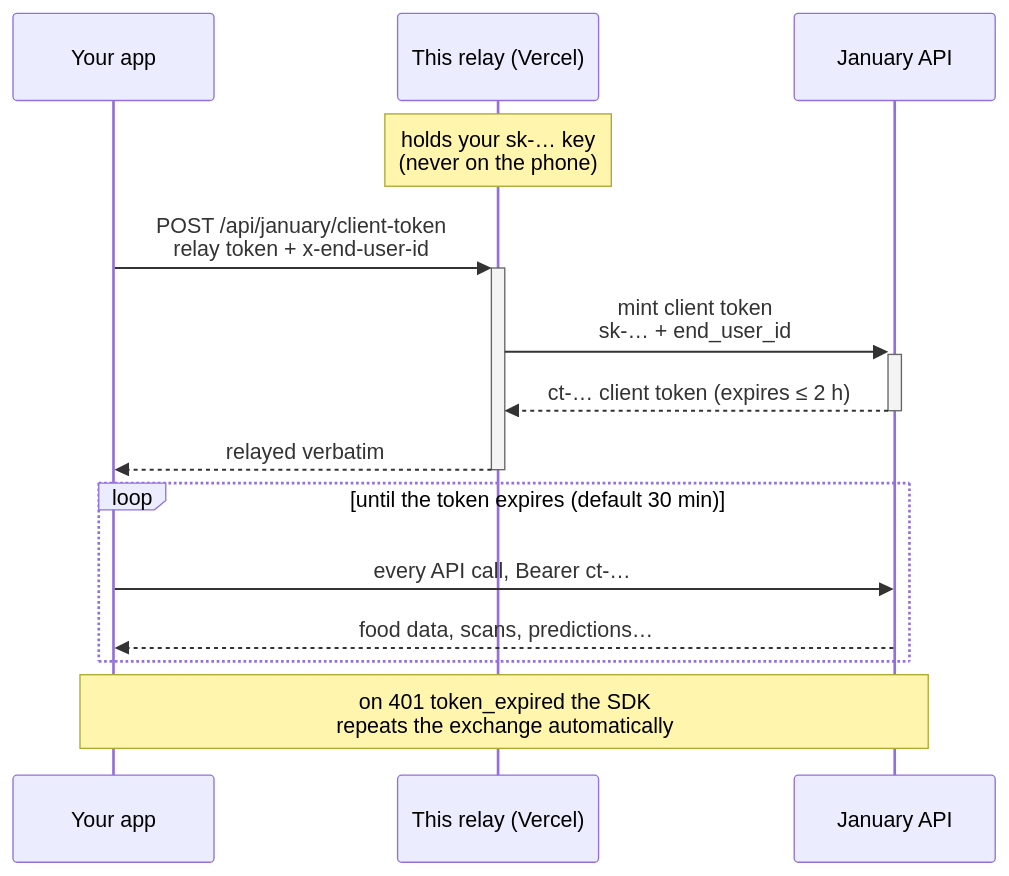
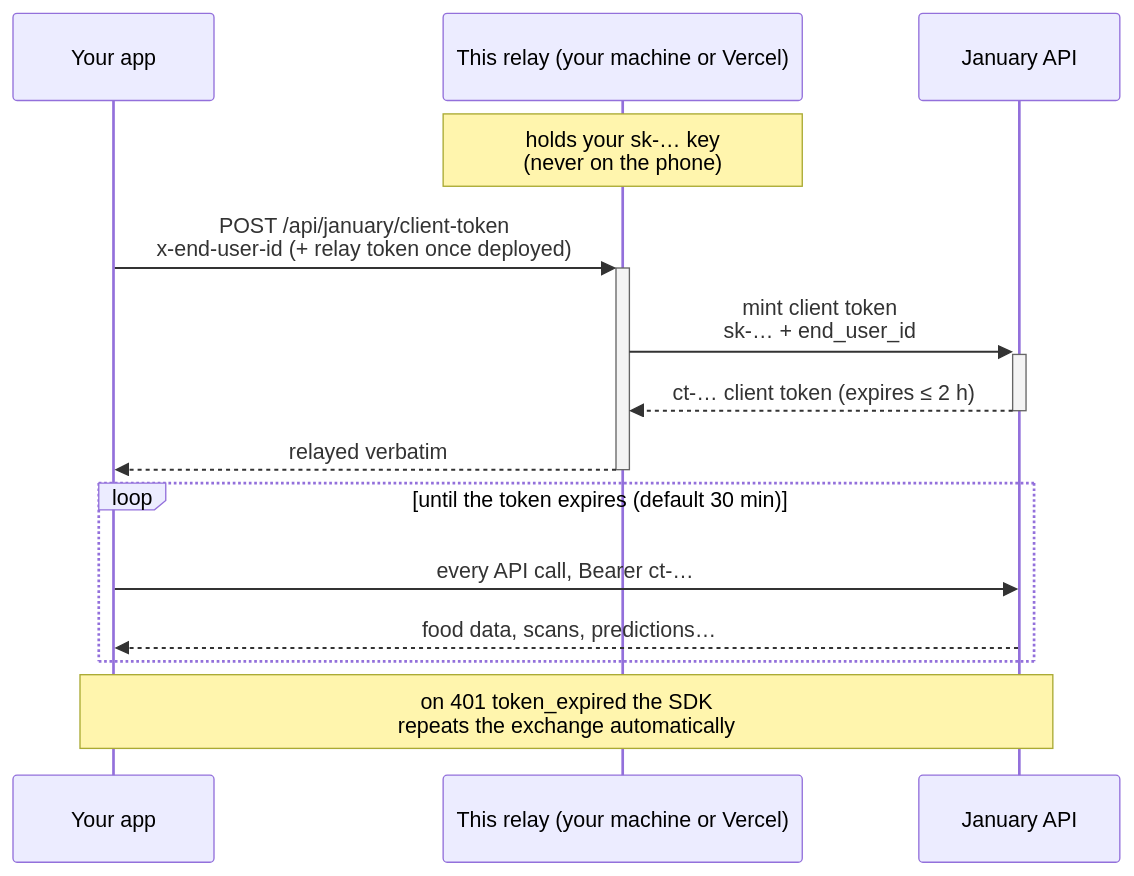
One commit to January-ai/january-token-relay changed the diagram in README.md. Above: the diagram before and after it, drawn with Mermaid. The commit also changed other lines of this file and 12 other files, not shown here.

````diff
--- a/README.md
+++ b/README.md
@@ -45,20 +48,20 @@
 ```mermaid
 sequenceDiagram
     participant App as Your app
-    participant Relay as This relay (Vercel)
+    participant Relay as This relay (your machine or Vercel)
     participant January as January API
 
     Note over Relay: holds your sk-… key<br/>(never on the phone)
 
-    App->>+Relay: POST /api/january/client-token<br/>relay token + x-end-user-id
+    App->>+Relay: POST /api/january/client-token<br/>x-end-user-id (+ relay token once deployed)
     Relay->>+January: mint client token<br/>sk-… + end_user_id
     January-->>-Relay: ct-… client token (expires ≤ 2 h)
     Relay-->>-App: relayed verbatim
 
     loop until the token expires (default 30 min)
         App->>January: every API call, Bearer ct-…
         January-->>App: food data, scans, predictions…
     end
 
     Note over App,January: on 401 token_expired the SDK<br/>repeats the exchange automatically
 ```
````
